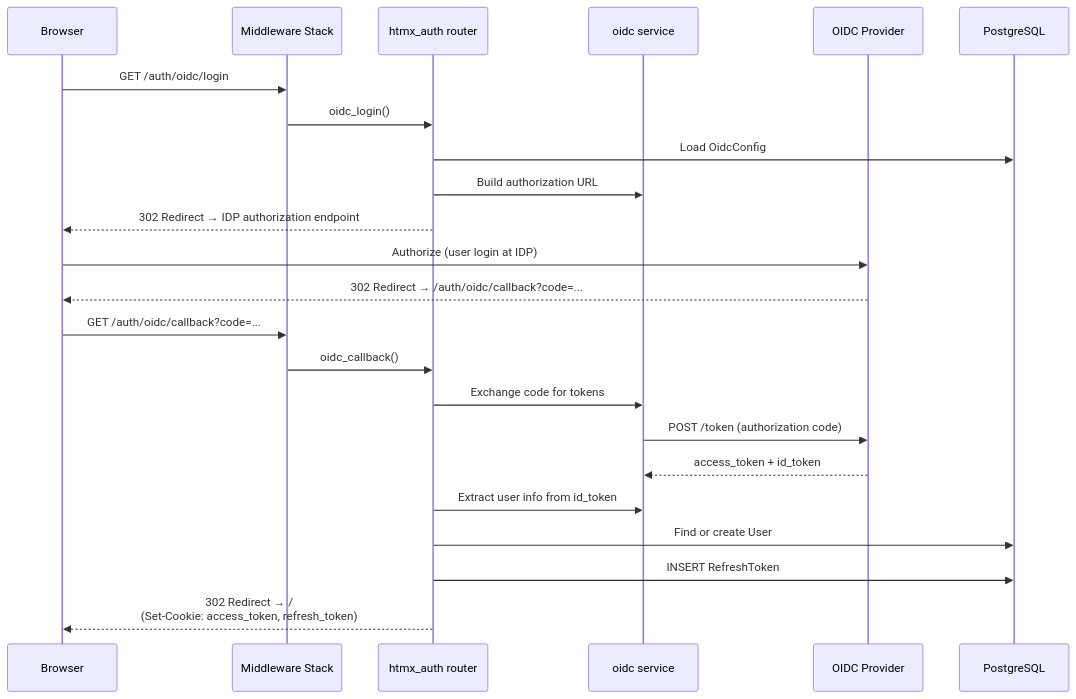
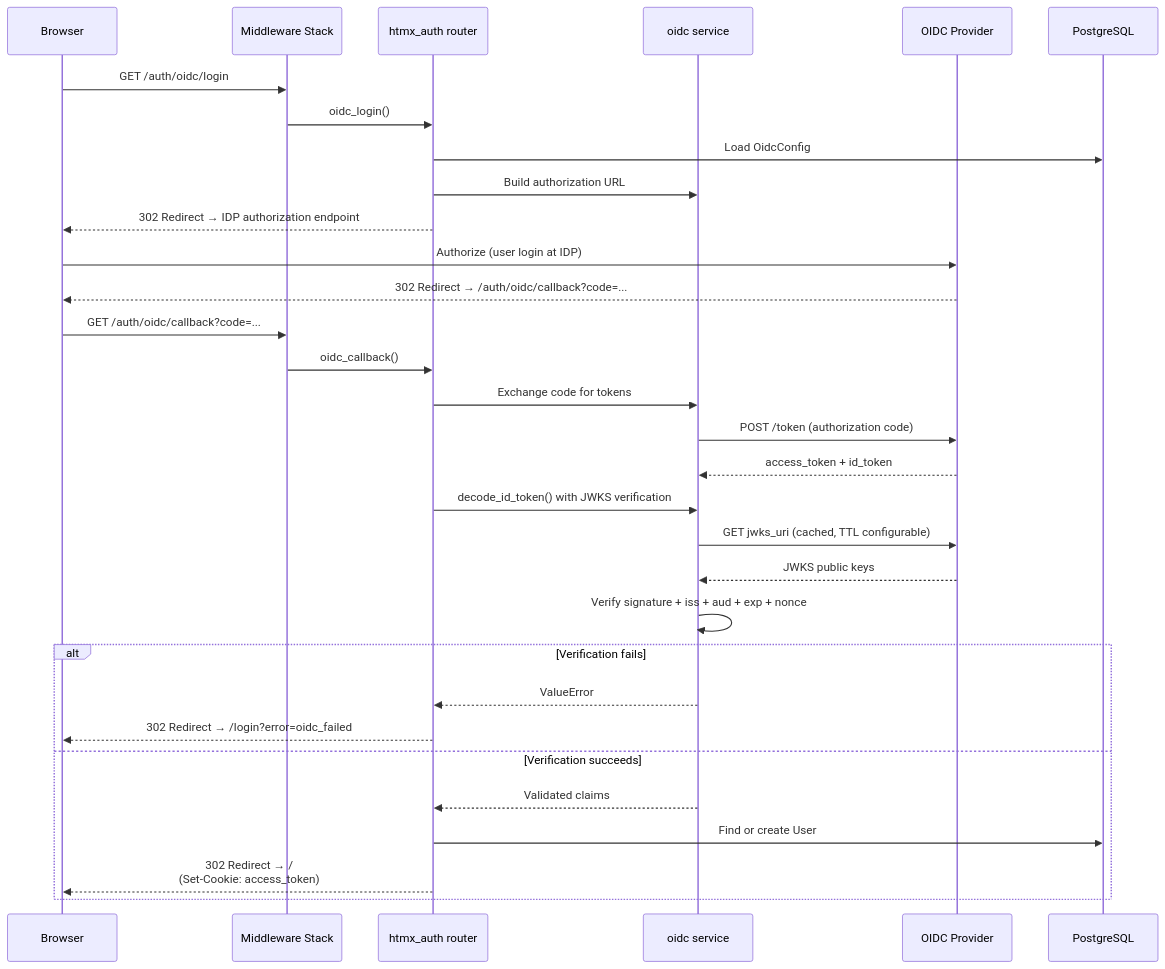
Before and after one commit to finish06/rsync-viewer: the fifth of 13 diagrams in docs/sequence-diagram.md, drawn with Mermaid. The commit also changed other lines of this file, not shown here.

Commit message:
docs: add /version sequence diagram and update /health response

````diff
--- a/docs/sequence-diagram.md
+++ b/docs/sequence-diagram.md
@@ -153,28 +153,36 @@
 ```mermaid
 sequenceDiagram
     participant BR as Browser
     participant MW as Middleware Stack
     participant UI as htmx_auth router
     participant OIDC as oidc service
     participant IDP as OIDC Provider
     participant DB as PostgreSQL
 
     BR->>MW: GET /auth/oidc/login
     MW->>UI: oidc_login()
     UI->>DB: Load OidcConfig
     UI->>OIDC: Build authorization URL
     UI-->>BR: 302 Redirect → IDP authorization endpoint
 
     BR->>IDP: Authorize (user login at IDP)
     IDP-->>BR: 302 Redirect → /auth/oidc/callback?code=...
 
     BR->>MW: GET /auth/oidc/callback?code=...
     MW->>UI: oidc_callback()
     UI->>OIDC: Exchange code for tokens
     OIDC->>IDP: POST /token (authorization code)
     IDP-->>OIDC: access_token + id_token
-    UI->>OIDC: Extract user info from id_token
-    UI->>DB: Find or create User
-    UI->>DB: INSERT RefreshToken
-    UI-->>BR: 302 Redirect → /<br/>(Set-Cookie: access_token, refresh_token)
+    UI->>OIDC: decode_id_token() with JWKS verification
+    OIDC->>IDP: GET jwks_uri (cached, TTL configurable)
+    IDP-->>OIDC: JWKS public keys
+    OIDC->>OIDC: Verify signature + iss + aud + exp + nonce
+    alt Verification fails
+        OIDC-->>UI: ValueError
+        UI-->>BR: 302 Redirect → /login?error=oidc_failed
+    else Verification succeeds
+        OIDC-->>UI: Validated claims
+        UI->>DB: Find or create User
+        UI-->>BR: 302 Redirect → /<br/>(Set-Cookie: access_token)
+    end
 ```
````
